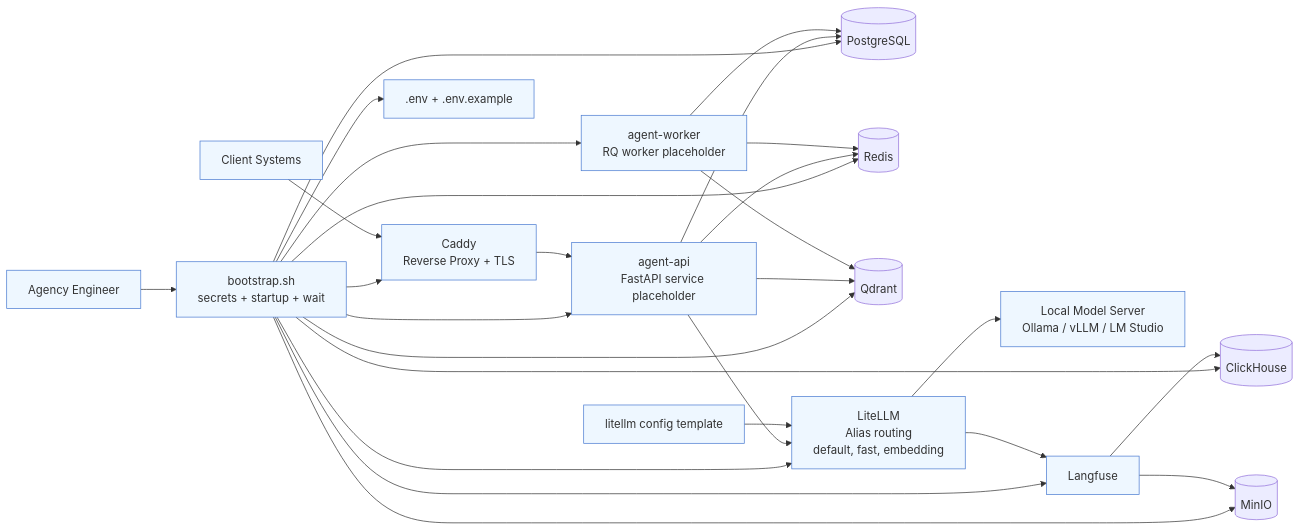
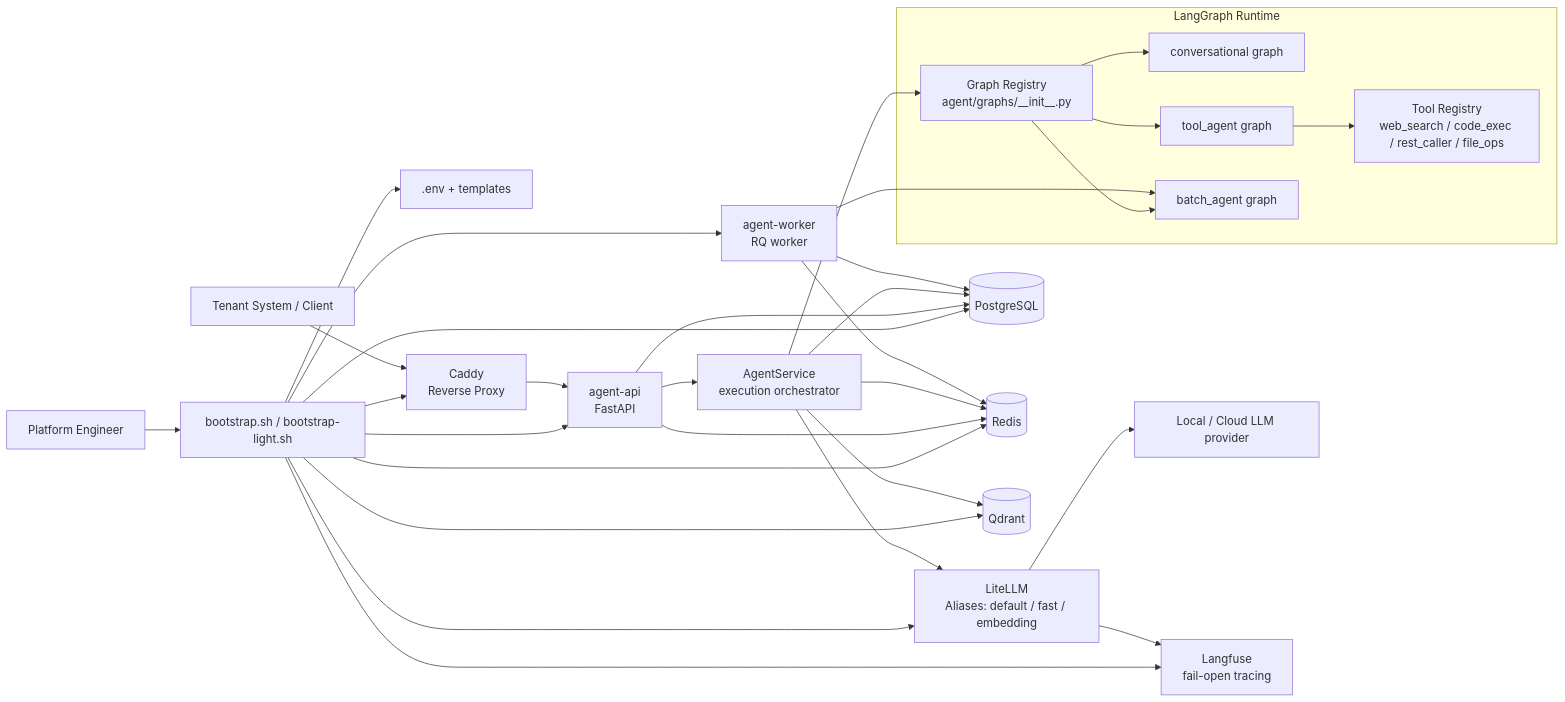
The diagram in docs/architecture.mmd (iron87/agent-platform), drawn with Mermaid before and after one commit. The commit also changed 3 other files, not shown here.

Commit message:
feat: update README and architecture documentation with agent graph details and reconstructed ADRs

```diff
--- a/docs/architecture.mmd
+++ b/docs/architecture.mmd
@@ -1,54 +1,57 @@
 flowchart LR
-  Client[Client Systems]
-  Engineer[Agency Engineer]
+  Client[Tenant System / Client]
+  Engineer[Platform Engineer]
 
-  Caddy[Caddy\nReverse Proxy + TLS]
-  API[agent-api\nFastAPI service placeholder]
-  Worker[agent-worker\nRQ worker placeholder]
+  Bootstrap[bootstrap.sh / bootstrap-light.sh]
+  Env[.env + templates]
+  Caddy[Caddy\nReverse Proxy]
+  API[agent-api\nFastAPI]
+  Service[AgentService\nexecution orchestrator]
+  Worker[agent-worker\nRQ worker]
+
+  subgraph Runtime[LangGraph Runtime]
+    Registry[Graph Registry\nagent/graphs/__init__.py]
+    Conversational[conversational graph]
+    ToolAgent[tool_agent graph]
+    BatchAgent[batch_agent graph]
+    Tools[Tool Registry\nweb_search / code_exec / rest_caller / file_ops]
+  end
 
   Postgres[(PostgreSQL)]
   Redis[(Redis)]
   Qdrant[(Qdrant)]
+  LiteLLM[LiteLLM\nAliases: default / fast / embedding]
+  LocalLLM[Local / Cloud LLM provider]
+  Langfuse[Langfuse\nfail-open tracing]
 
-  LiteLLM[LiteLLM\nAlias routing\ndefault, fast, embedding]
-  LocalLLM[Local Model Server\nOllama / vLLM / LM Studio]
-
-  Langfuse[Langfuse]
-  ClickHouse[(ClickHouse)]
-  MinIO[(MinIO)]
-
-  Bootstrap[bootstrap.sh\nsecrets + startup + wait]
-  Env[.env + .env.example]
-  Config[litellm config template]
-
-  Engineer --> Bootstrap
-  Bootstrap --> Env
+  Engineer --> Bootstrap --> Env
   Bootstrap --> Caddy
   Bootstrap --> API
   Bootstrap --> Worker
   Bootstrap --> Postgres
   Bootstrap --> Redis
   Bootstrap --> Qdrant
   Bootstrap --> LiteLLM
   Bootstrap --> Langfuse
-  Bootstrap --> ClickHouse
-  Bootstrap --> MinIO
 
-  Client --> Caddy --> API
+  Client --> Caddy --> API --> Service
   API --> Postgres
   API --> Redis
-  API --> Qdrant
-  API --> LiteLLM
+
+  Service --> Registry
+  Registry --> Conversational
+  Registry --> ToolAgent
+  Registry --> BatchAgent
+
+  Service --> Postgres
+  Service --> Redis
+  Service --> Qdrant
+  Service --> LiteLLM
+  ToolAgent --> Tools
 
   Worker --> Redis
   Worker --> Postgres
-  Worker --> Qdrant
+  Worker --> BatchAgent
 
   LiteLLM --> LocalLLM
   LiteLLM --> Langfuse
-  Langfuse --> ClickHouse
-  Langfuse --> MinIO
-  Config --> LiteLLM
-
-  classDef edge fill:#eef7ff,stroke:#4a7bd1,stroke-width:1px;
-  class Client,Engineer,API,Worker,Caddy,LiteLLM,Langfuse,Bootstrap,Env,Config,LocalLLM edge;
```
